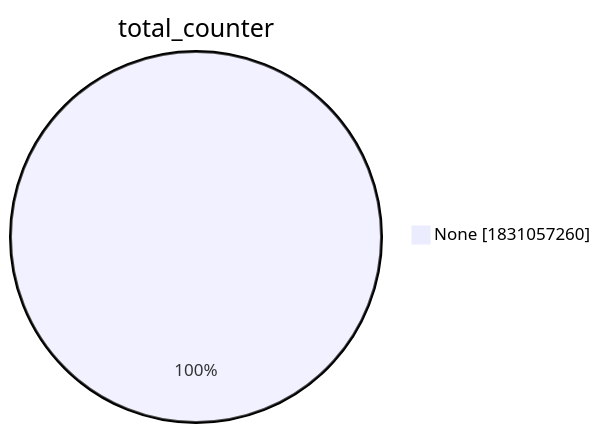
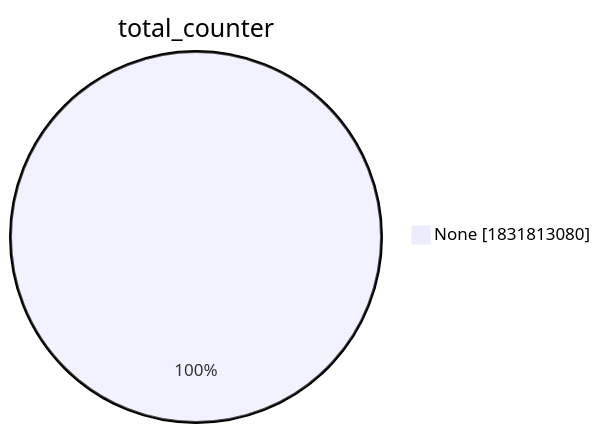
Before and after one commit to christiankrug/ctmonitor_visualization: the second of 15 diagrams in xenon2022/README.md, drawn with Mermaid. The commit also changed other lines of this file, not shown here.

````diff
--- a/xenon2022/README.md
+++ b/xenon2022/README.md
@@ -9,5 +9,5 @@
 ```mermaid
 pie showData
 title total_counter
-"None" :1831057260
+"None" :1831813080
 ```
````
